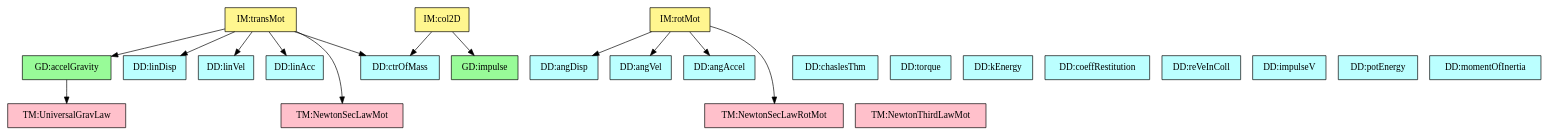
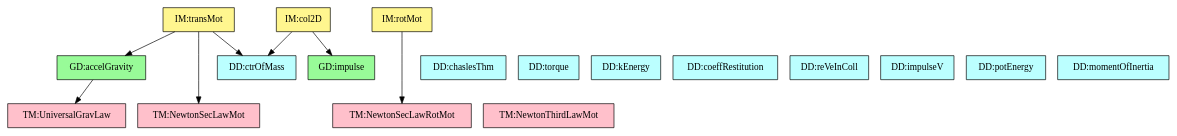
One commit to JacquesCarette/Drasil changed the diagram in code/stable/gamephysics/TraceyGraph/refvsref.dot. Above: the diagram before and after it, drawn with Graphviz. The commit also changed 11 other files, not shown here.

```diff
--- a/code/stable/gamephysics/TraceyGraph/refvsref.dot
+++ b/code/stable/gamephysics/TraceyGraph/refvsref.dot
@@ -1,65 +1,53 @@
 digraph refvsref {
 	gravitationalAccel -> force;
 	accj -> p_CM;
-	accj -> linearDisplacement;
-	accj -> linearVelocity;
-	accj -> linearAcceleration;
 	accj -> newtonSL;
 	accj -> gravitationalAccel;
-	angAccj -> angularDisplacement;
-	angAccj -> angularVelocity;
-	angAccj -> angularAcceleration;
 	angAccj -> newtonSLR;
 	col2DIM -> p_CM;
 	col2DIM -> impulseS;
 
 
 	p_CM	[shape=box, color=black, style=filled, fillcolor=paleturquoise1, label="DD:ctrOfMass"];
-	linearDisplacement	[shape=box, color=black, style=filled, fillcolor=paleturquoise1, label="DD:linDisp"];
-	linearVelocity	[shape=box, color=black, style=filled, fillcolor=paleturquoise1, label="DD:linVel"];
-	linearAcceleration	[shape=box, color=black, style=filled, fillcolor=paleturquoise1, label="DD:linAcc"];
-	angularDisplacement	[shape=box, color=black, style=filled, fillcolor=paleturquoise1, label="DD:angDisp"];
-	angularVelocity	[shape=box, color=black, style=filled, fillcolor=paleturquoise1, label="DD:angVel"];
-	angularAcceleration	[shape=box, color=black, style=filled, fillcolor=paleturquoise1, label="DD:angAccel"];
 	velocityB	[shape=box, color=black, style=filled, fillcolor=paleturquoise1, label="DD:chaslesThm"];
 	torque	[shape=box, color=black, style=filled, fillcolor=paleturquoise1, label="DD:torque"];
 	kEnergy	[shape=box, color=black, style=filled, fillcolor=paleturquoise1, label="DD:kEnergy"];
 	restitutionCoef	[shape=box, color=black, style=filled, fillcolor=paleturquoise1, label="DD:coeffRestitution"];
 	v_iAB	[shape=box, color=black, style=filled, fillcolor=paleturquoise1, label="DD:reVeInColl"];
 	impulseV	[shape=box, color=black, style=filled, fillcolor=paleturquoise1, label="DD:impulseV"];
 	potEnergy	[shape=box, color=black, style=filled, fillcolor=paleturquoise1, label="DD:potEnergy"];
 	momentOfInertia	[shape=box, color=black, style=filled, fillcolor=paleturquoise1, label="DD:momentOfInertia"];
 
 	subgraph DD {
 	rank="same"
-	{p_CM, linearDisplacement, linearVelocity, linearAcceleration, angularDisplacement, angularVelocity, angularAcceleration, velocityB, torque, kEnergy, restitutionCoef, v_iAB, impulseV, potEnergy, momentOfInertia}
+	{p_CM, velocityB, torque, kEnergy, restitutionCoef, v_iAB, impulseV, potEnergy, momentOfInertia}
 	}
 
 	newtonSL	[shape=box, color=black, style=filled, fillcolor=pink, label="TM:NewtonSecLawMot"];
 	force1	[shape=box, color=black, style=filled, fillcolor=pink, label="TM:NewtonThirdLawMot"];
 	force	[shape=box, color=black, style=filled, fillcolor=pink, label="TM:UniversalGravLaw"];
 	newtonSLR	[shape=box, color=black, style=filled, fillcolor=pink, label="TM:NewtonSecLawRotMot"];
 
 	subgraph TM {
 	rank="same"
 	{newtonSL, force1, force, newtonSLR}
 	}
 
 	gravitationalAccel	[shape=box, color=black, style=filled, fillcolor=palegreen, label="GD:accelGravity"];
 	impulseS	[shape=box, color=black, style=filled, fillcolor=palegreen, label="GD:impulse"];
 
 	subgraph GD {
 	rank="same"
 	{gravitationalAccel, impulseS}
 	}
 
 	accj	[shape=box, color=black, style=filled, fillcolor=khaki1, label="IM:transMot"];
 	angAccj	[shape=box, color=black, style=filled, fillcolor=khaki1, label="IM:rotMot"];
 	col2DIM	[shape=box, color=black, style=filled, fillcolor=khaki1, label="IM:col2D"];
 
 	subgraph IM {
 	rank="same"
 	{accj, angAccj, col2DIM}
 	}
 
 }
```
